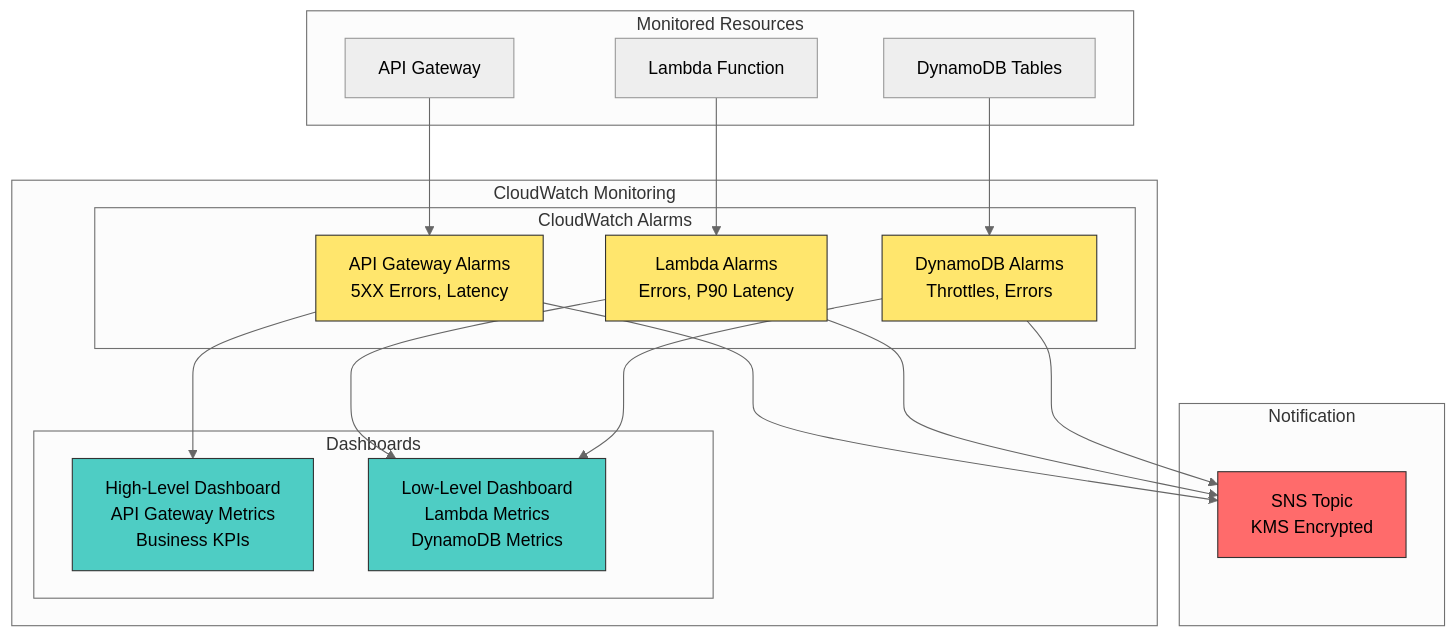
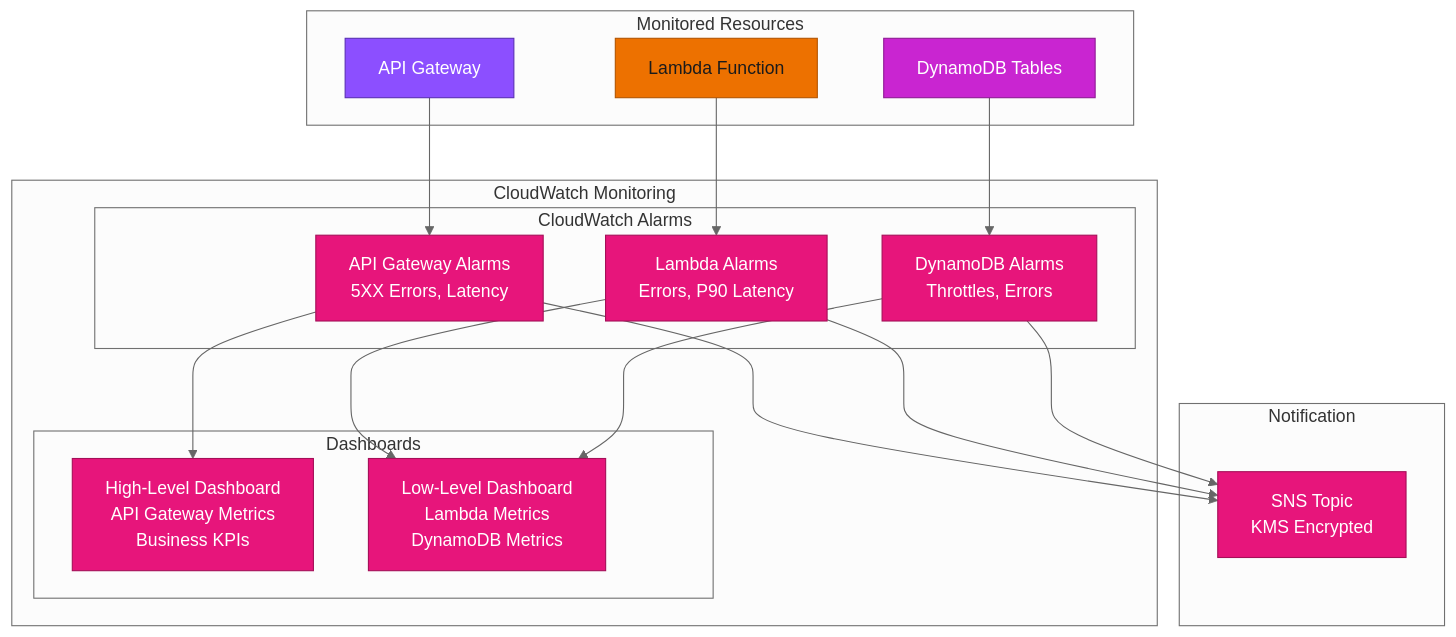
One commit to ran-isenberg/aws-lambda-handler-cookbook changed the second of 2 diagrams in README.md. Above: the diagram before and after it, drawn with Mermaid (neutral theme). The commit also changed other lines of this file and 66 other files, not shown here.

````diff
--- a/README.md
+++ b/README.md
@@ -176,44 +203,48 @@
 ```mermaid
 flowchart TB
     subgraph Monitoring["CloudWatch Monitoring"]
         subgraph Dashboards["Dashboards"]
             HL["High-Level Dashboard<br/>API Gateway Metrics<br/>Business KPIs"]
             LL["Low-Level Dashboard<br/>Lambda Metrics<br/>DynamoDB Metrics"]
         end
 
         subgraph Alarms["CloudWatch Alarms"]
             API_ALARM["API Gateway Alarms<br/>5XX Errors, Latency"]
             LAMBDA_ALARM["Lambda Alarms<br/>Errors, P90 Latency"]
             DDB_ALARM["DynamoDB Alarms<br/>Throttles, Errors"]
         end
     end
 
     subgraph Notification["Notification"]
         SNS["SNS Topic<br/>KMS Encrypted"]
     end
 
     subgraph Resources["Monitored Resources"]
         APIGW["API Gateway"]
         LAMBDA["Lambda Function"]
         DDB["DynamoDB Tables"]
     end
 
     APIGW --> API_ALARM
     LAMBDA --> LAMBDA_ALARM
     DDB --> DDB_ALARM
 
     API_ALARM --> SNS
     LAMBDA_ALARM --> SNS
     DDB_ALARM --> SNS
 
     API_ALARM --> HL
     LAMBDA_ALARM --> LL
     DDB_ALARM --> LL
 
-    style HL fill:#4ecdc4,stroke:#333
-    style LL fill:#4ecdc4,stroke:#333
-    style SNS fill:#ff6b6b,stroke:#333
-    style API_ALARM fill:#ffe66d,stroke:#333
-    style LAMBDA_ALARM fill:#ffe66d,stroke:#333
-    style DDB_ALARM fill:#ffe66d,stroke:#333
+    classDef network fill:#8C4FFF,stroke:#5A30B5,color:#fff
+    classDef compute fill:#ED7100,stroke:#B35500,color:#1b1b1b
+    classDef database fill:#C925D1,stroke:#8F1A95,color:#fff
+    classDef management fill:#E7157B,stroke:#A50F58,color:#fff
+    classDef integration fill:#E7157B,stroke:#A50F58,color:#fff
+    class APIGW network
+    class LAMBDA compute
+    class DDB database
+    class HL,LL,API_ALARM,LAMBDA_ALARM,DDB_ALARM management
+    class SNS integration
 ```
````
